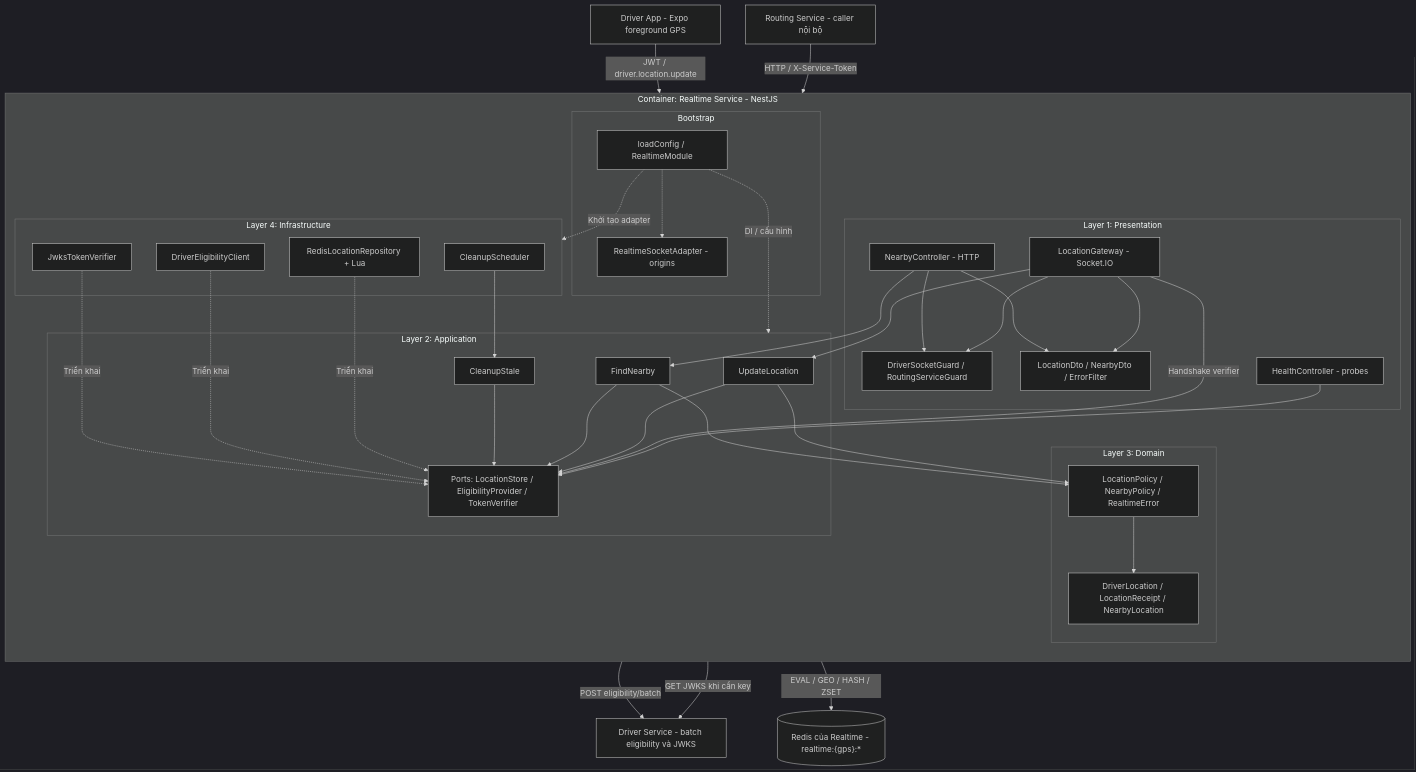
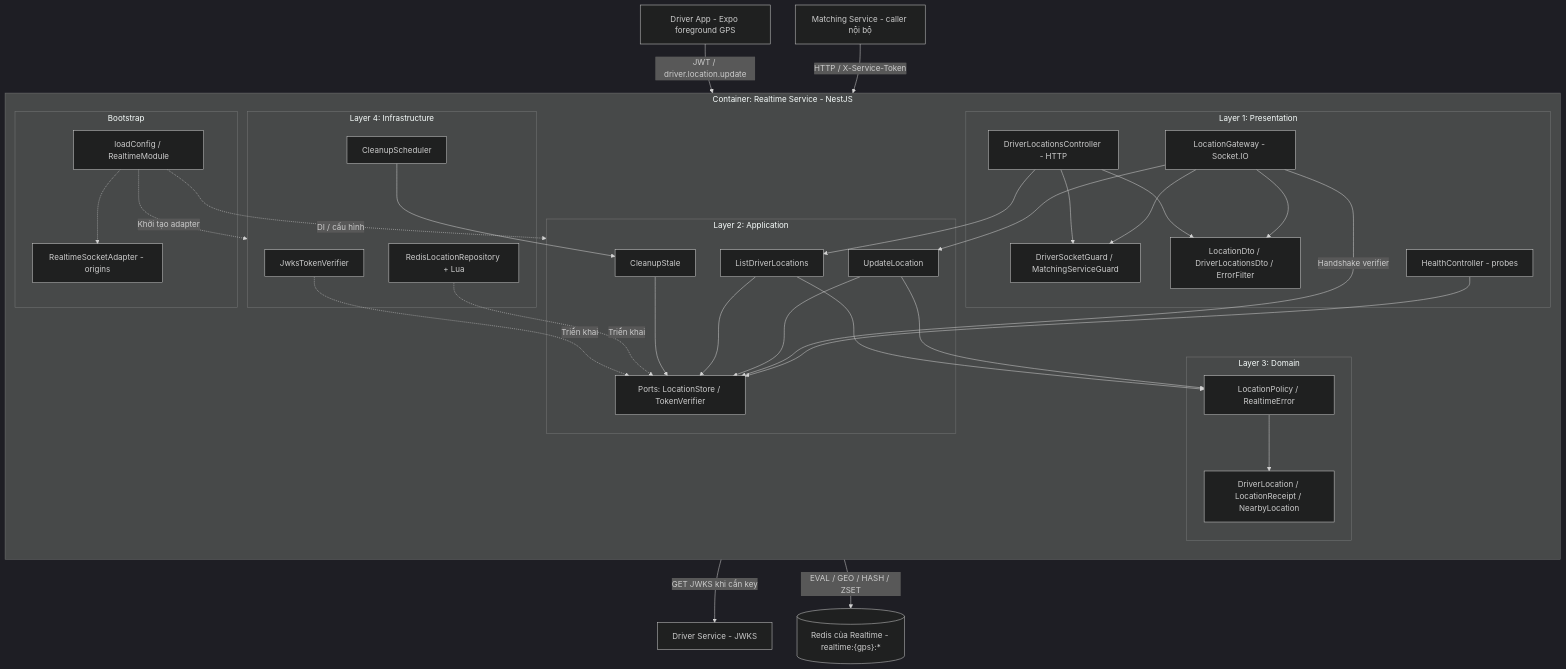
One commit to fukdinh136/chande changed the first of 4 diagrams in service/realtime-service/docs/kien-truc.md. Above: the diagram before and after it, drawn with Mermaid (dark theme). The commit also changed other lines of this file and 5 other files, not shown here.

First line of the commit message:
docs(realtime): describe driver-locations for Matching after the ADR-0001 contract

````diff
--- a/service/realtime-service/docs/kien-truc.md
+++ b/service/realtime-service/docs/kien-truc.md
@@ -19,65 +19,62 @@
 ```mermaid
 flowchart TB
     App["Driver App - Expo foreground GPS"]
-    Routing["Routing Service - caller nội bộ"]
+    Matching["Matching Service - caller nội bộ"]
 
     subgraph RT["Container: Realtime Service - NestJS"]
         direction TB
         subgraph P["Layer 1: Presentation"]
             Gateway["LocationGateway - Socket.IO"]
-            Nearby["NearbyController - HTTP"]
+            Locations["DriverLocationsController - HTTP"]
             Health["HealthController - probes"]
-            Guards["DriverSocketGuard / RoutingServiceGuard"]
-            DTO["LocationDto / NearbyDto / ErrorFilter"]
+            Guards["DriverSocketGuard / MatchingServiceGuard"]
+            DTO["LocationDto / DriverLocationsDto / ErrorFilter"]
         end
         subgraph A["Layer 2: Application"]
             Update["UpdateLocation"]
-            Find["FindNearby"]
+            Find["ListDriverLocations"]
             Clean["CleanupStale"]
-            Ports["Ports: LocationStore / EligibilityProvider / TokenVerifier"]
+            Ports["Ports: LocationStore / TokenVerifier"]
         end
         subgraph D["Layer 3: Domain"]
             Model["DriverLocation / LocationReceipt / NearbyLocation"]
-            Policy["LocationPolicy / NearbyPolicy / RealtimeError"]
+            Policy["LocationPolicy / RealtimeError"]
         end
         subgraph I["Layer 4: Infrastructure"]
             Store["RedisLocationRepository + Lua"]
-            Client["DriverEligibilityClient"]
             Verify["JwksTokenVerifier"]
             Scheduler["CleanupScheduler"]
         end
         subgraph B["Bootstrap"]
             Config["loadConfig / RealtimeModule"]
             SocketAdapter["RealtimeSocketAdapter - origins"]
         end
         Gateway --> Guards
-        Nearby --> Guards
+        Locations --> Guards
         Gateway --> DTO
-        Nearby --> DTO
+        Locations --> DTO
         Gateway --> Update
-        Nearby --> Find
+        Locations --> Find
         Health --> Ports
         Gateway -->|"Handshake verifier"| Ports
         Update --> Policy
         Find --> Policy
         Policy --> Model
         Update --> Ports
         Find --> Ports
         Clean --> Ports
         Store -.->|"Triển khai"| Ports
-        Client -.->|"Triển khai"| Ports
         Verify -.->|"Triển khai"| Ports
         Scheduler --> Clean
         Config -.->|"DI / cấu hình"| A
         Config -.->|"Khởi tạo adapter"| I
         Config -.-> SocketAdapter
     end
 
-    Driver["Driver Service - batch eligibility và JWKS"]
+    Driver["Driver Service - JWKS"]
     Redis[("Redis của Realtime - realtime:{gps}:*")]
     App -->|"JWT / driver.location.update"| Gateway
-    Routing -->|"HTTP / X-Service-Token"| Nearby
-    Client -->|"POST eligibility/batch"| Driver
+    Matching -->|"HTTP / X-Service-Token"| Locations
     Verify -->|"GET JWKS khi cần key"| Driver
     Store -->|"EVAL / GEO / HASH / ZSET"| Redis
 ```
````
